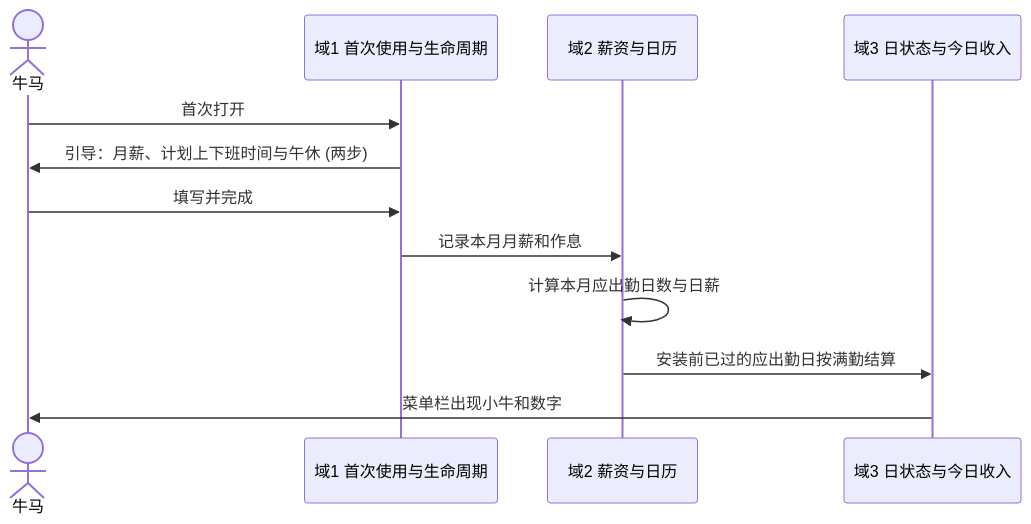
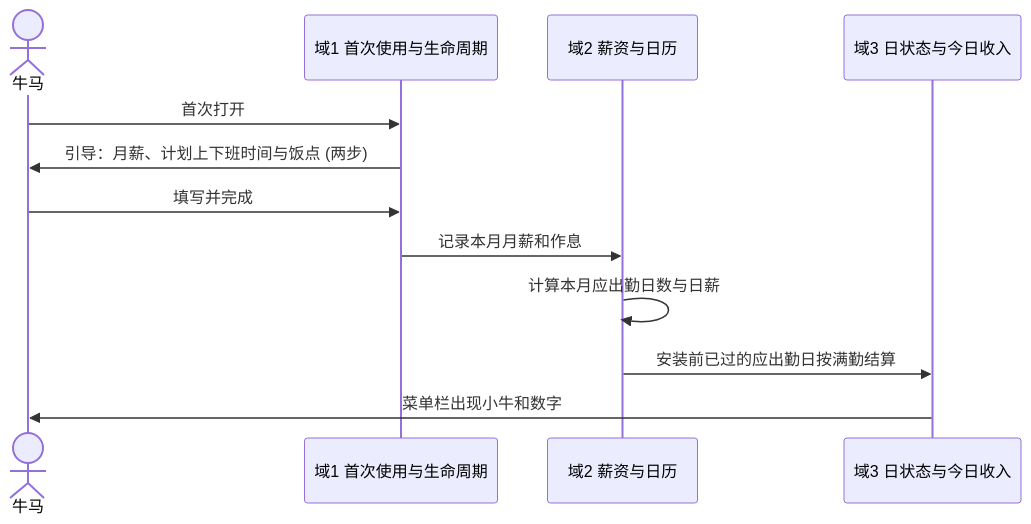
Before and after one commit to zhew1585/wage-tick: the first of 5 diagrams in docs/prd.md, drawn with Mermaid. The commit also changed other lines of this file and 124 other files, not shown here.

````diff
--- a/docs/prd.md
+++ b/docs/prd.md
@@ -165,14 +169,14 @@
 ```mermaid
 sequenceDiagram
     actor N as 牛马
     participant D1 as 域1 首次使用与生命周期
     participant D2 as 域2 薪资与日历
     participant D3 as 域3 日状态与今日收入
     N->>D1: 首次打开
-    D1->>N: 引导：月薪、计划上下班时间与午休 (两步)
+    D1->>N: 引导：月薪、计划上下班时间与饭点 (两步)
     N->>D1: 填写并完成
     D1->>D2: 记录本月月薪和作息
     D2->>D2: 计算本月应出勤日数与日薪
     D2->>D3: 安装前已过的应出勤日按满勤结算
     D3->>N: 菜单栏出现小牛和数字
 ```
````
